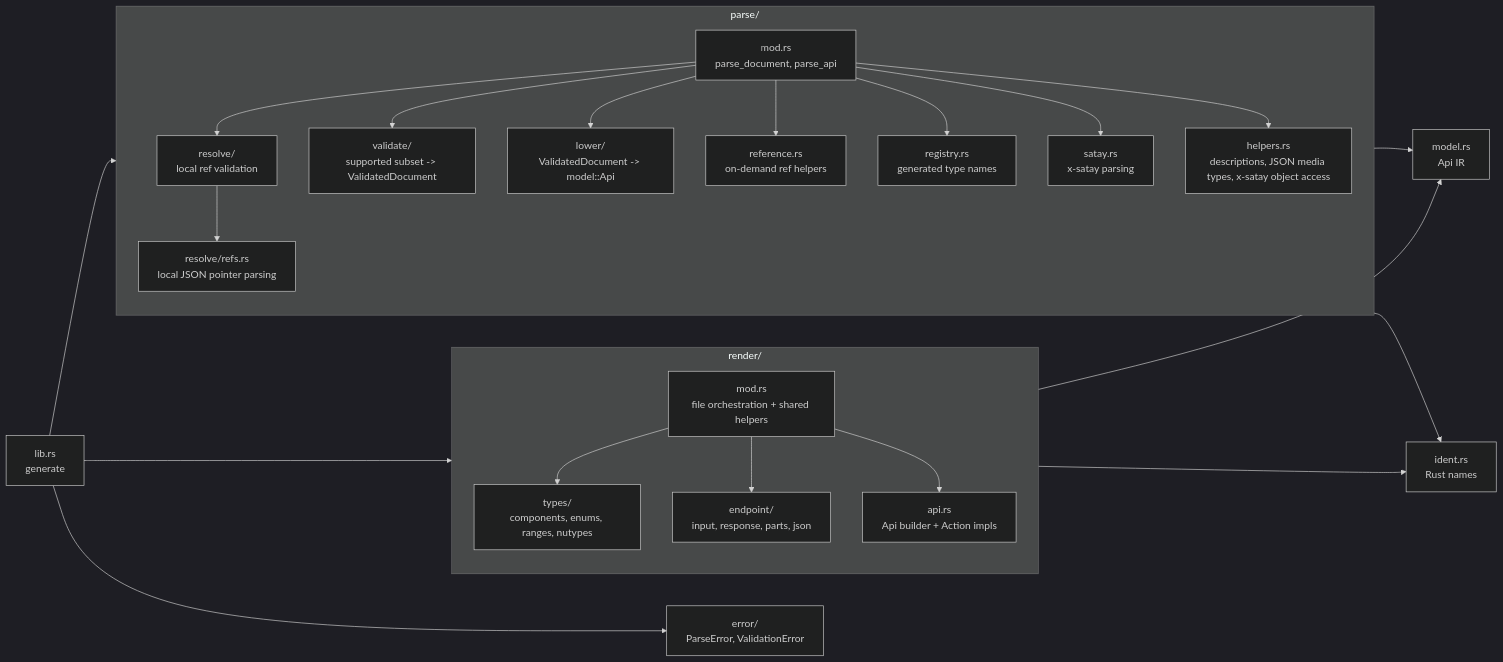
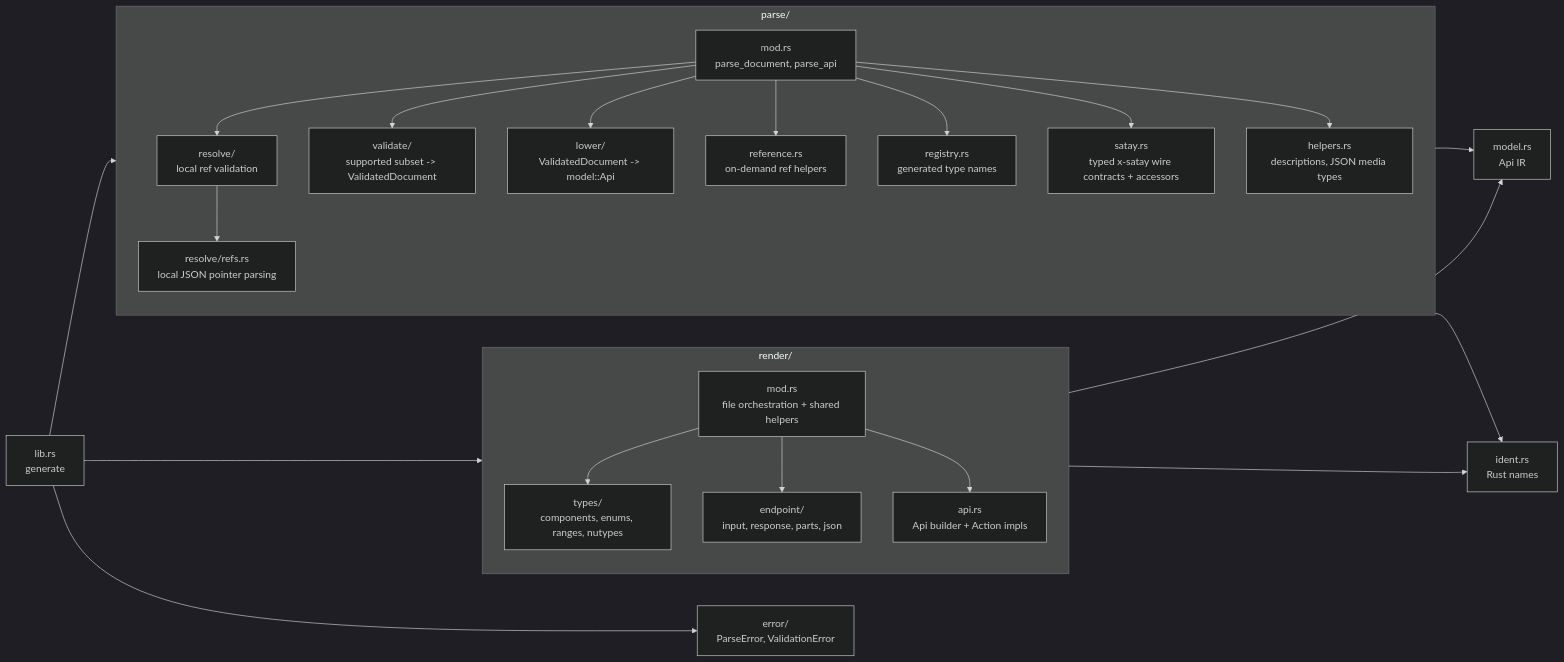
One commit to zeon256/satay-rs changed the second of 6 diagrams in ARCHITECTURE.md. Above: the diagram before and after it, drawn with Mermaid (dark theme). The commit also changed other lines of this file and 5 other files, not shown here.

Commit message:
refactor(codegen): centralize x-satay wire contracts

````diff
--- a/ARCHITECTURE.md
+++ b/ARCHITECTURE.md
@@ -37,42 +37,42 @@
 ```mermaid
 flowchart LR
     lib["lib.rs<br/>generate"] --> parse
     lib --> render
     lib --> error
     parse --> model
     parse --> ident
     render --> model
     render --> ident
 
     subgraph parse["parse/"]
         parseMod["mod.rs<br/>parse_document, parse_api"] --> resolve
         parseMod --> validate
         parseMod --> lower
         parseMod --> reference
         parseMod --> registry
         parseMod --> satay
         parseMod --> helpers
 
         resolve["resolve/<br/>local ref validation"] --> refs
         refs["resolve/refs.rs<br/>local JSON pointer parsing"]
-        helpers["helpers.rs<br/>descriptions, JSON media types, x-satay object access"]
+        helpers["helpers.rs<br/>descriptions, JSON media types"]
         reference["reference.rs<br/>on-demand ref helpers"]
         validate["validate/<br/>supported subset -> ValidatedDocument"]
         lower["lower/<br/>ValidatedDocument -> model::Api"]
         registry["registry.rs<br/>generated type names"]
-        satay["satay.rs<br/>x-satay parsing"]
+        satay["satay.rs<br/>typed x-satay wire contracts + accessors"]
     end
 
     subgraph render["render/"]
         renderMod["mod.rs<br/>file orchestration + shared helpers"] --> renderTypes
         renderMod --> renderEndpoint
         renderMod --> renderApi
         renderTypes["types/<br/>components, enums, ranges, nutypes"]
         renderEndpoint["endpoint/<br/>input, response, parts, json"]
         renderApi["api.rs<br/>Api builder + Action impls"]
     end
 
     model["model.rs<br/>Api IR"]
     ident["ident.rs<br/>Rust names"]
     error["error/<br/>ParseError, ValidationError"]
 ```
````
